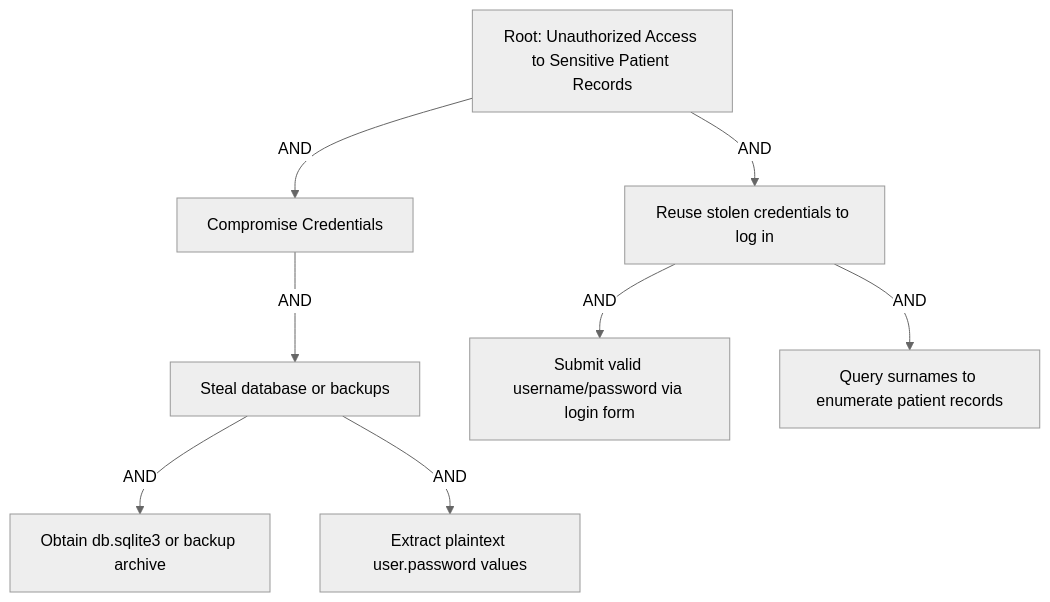
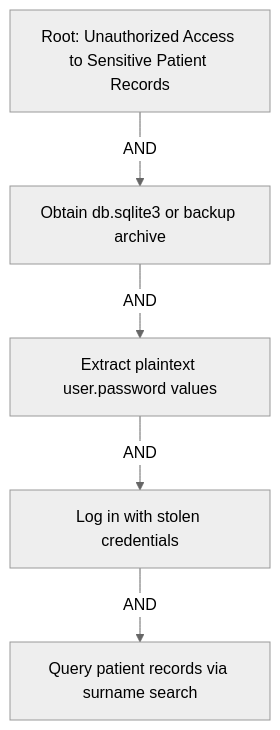
The diagram in ATTACK_TREE_PLAINTEXT.md (wwbotww/secure-computing-cw), drawn with Mermaid (neutral theme) before and after one commit. The commit also changed other lines of this file, not shown here.

Commit message:
attacktree-pwd

````diff
--- a/ATTACK_TREE_PLAINTEXT.md
+++ b/ATTACK_TREE_PLAINTEXT.md
@@ -3,13 +3,8 @@
 ```mermaid
 graph TD
   R["Root: Unauthorized Access to Sensitive Patient Records"]
-
-  R -->|"AND"| C1["Compromise Credentials"]
-  C1 -->|"AND"| M1["Steal database or backups"]
-  M1 -->|"AND"| S1["Obtain db.sqlite3 or backup archive"]
-  M1 -->|"AND"| S2["Extract plaintext user.password values"]
-
-  R -->|"AND"| C2["Reuse stolen credentials to log in"]
-  C2 -->|"AND"| L1["Submit valid username/password via login form"]
-  C2 -->|"AND"| L2["Query surnames to enumerate patient records"]
+  R -->|"AND"| S1["Obtain db.sqlite3 or backup archive"]
+  S1 -->|"AND"| S2["Extract plaintext user.password values"]
+  S2 -->|"AND"| S3["Log in with stolen credentials"]
+  S3 -->|"AND"| S4["Query patient records via surname search"]
 ```
````
